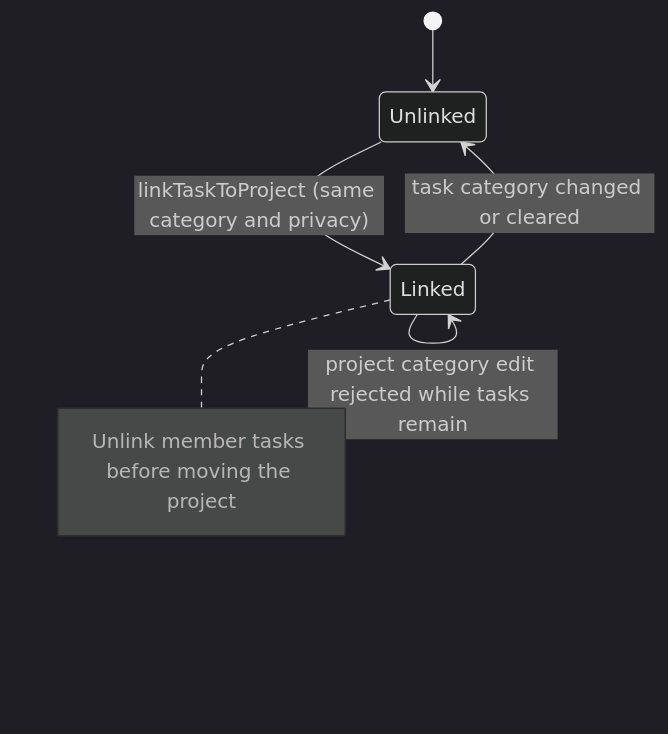
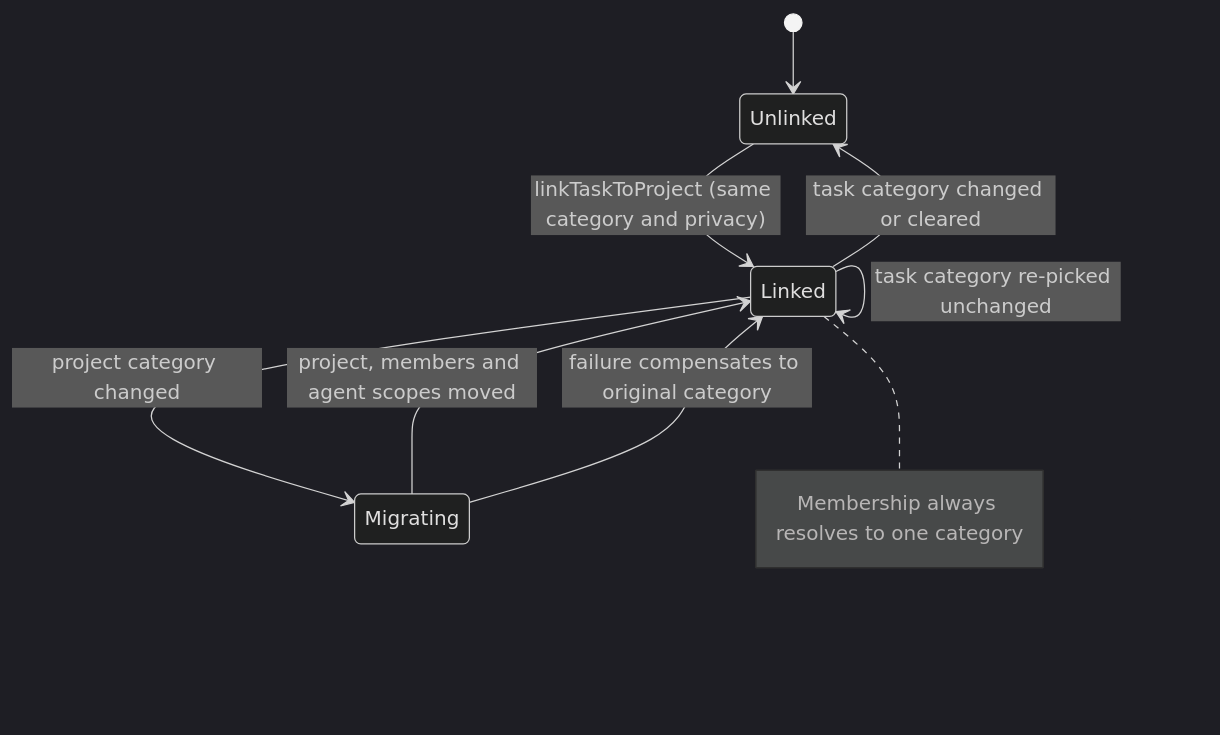
Before and after one commit to matthiasn/lotti: the second of 5 diagrams in knowledge/features/projects.md, drawn with Mermaid (dark theme). The commit also changed other lines of this file and 30 other files, not shown here.

````diff
--- a/knowledge/features/projects.md
+++ b/knowledge/features/projects.md
@@ -90,11 +94,13 @@
 ```mermaid
 stateDiagram-v2
   [*] --> Unlinked
   Unlinked --> Linked: linkTaskToProject (same category and privacy)
   Linked --> Linked: task category re-picked unchanged
   Linked --> Unlinked: task category changed or cleared
-  Linked --> Linked: project category edit rejected while tasks remain
+  Linked --> Migrating: project category changed
+  Migrating --> Linked: project, members and agent scopes moved
+  Migrating --> Linked: failure compensates to original category
   note right of Linked
-    Unlink member tasks before moving the project
+    Membership always resolves to one category
   end note
 ```
````
